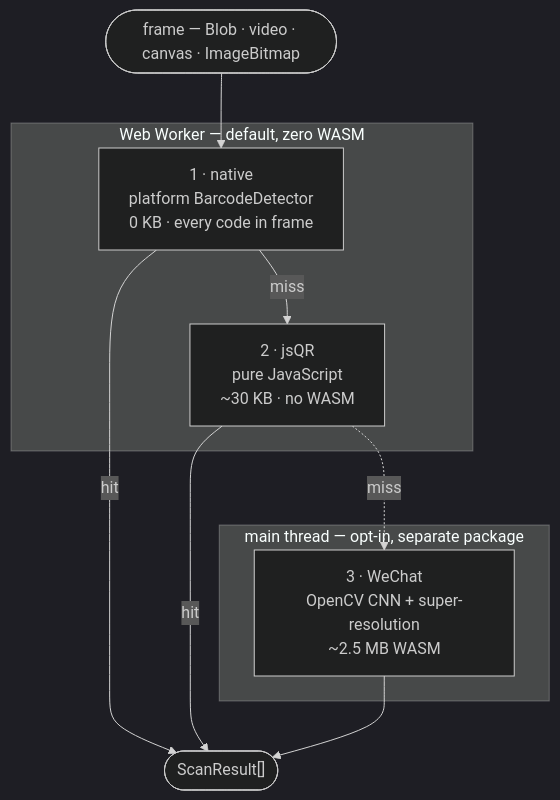
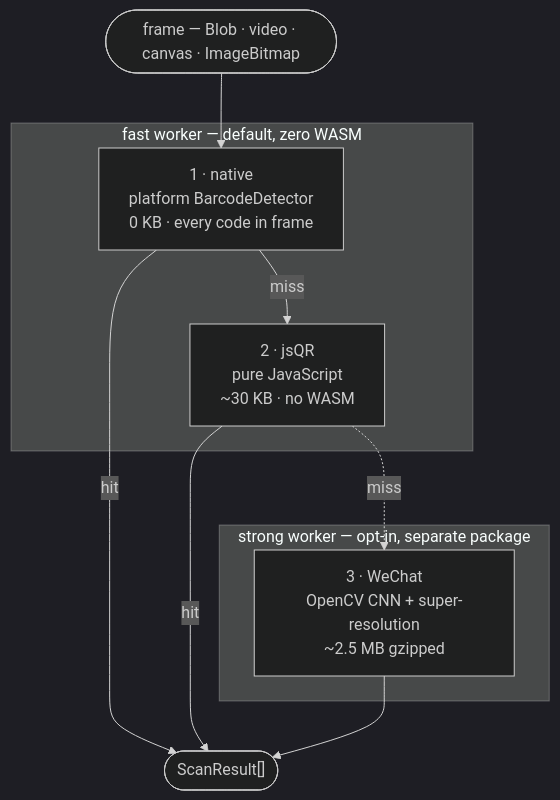
The diagram in README.md (zoexx/qrcode-decode-ultra), drawn with Mermaid (dark theme) before and after one commit. The commit also changed other lines of this file and 40 other files, not shown here.

````diff
--- a/README.md
+++ b/README.md
@@ -40,24 +40,24 @@
 ```mermaid
 flowchart TD
     F(["frame — Blob · video · canvas · ImageBitmap"])
     N["1 · native<br/>platform BarcodeDetector<br/>0 KB · every code in frame"]
     J["2 · jsQR<br/>pure JavaScript<br/>~30 KB · no WASM"]
-    W["3 · WeChat<br/>OpenCV CNN + super-resolution<br/>~2.5 MB WASM"]
+    W["3 · WeChat<br/>OpenCV CNN + super-resolution<br/>~2.5 MB gzipped"]
     R(["ScanResult[]"])
 
-    subgraph worker ["Web Worker — default, zero WASM"]
+    subgraph fast ["fast worker — default, zero WASM"]
         N
         J
     end
 
-    subgraph main ["main thread — opt-in, separate package"]
+    subgraph strong ["strong worker — opt-in, separate package"]
         W
     end
 
     F --> N
     N -- hit --> R
     N -- miss --> J
     J -- hit --> R
     J -. miss .-> W
     W --> R
 ```
````
